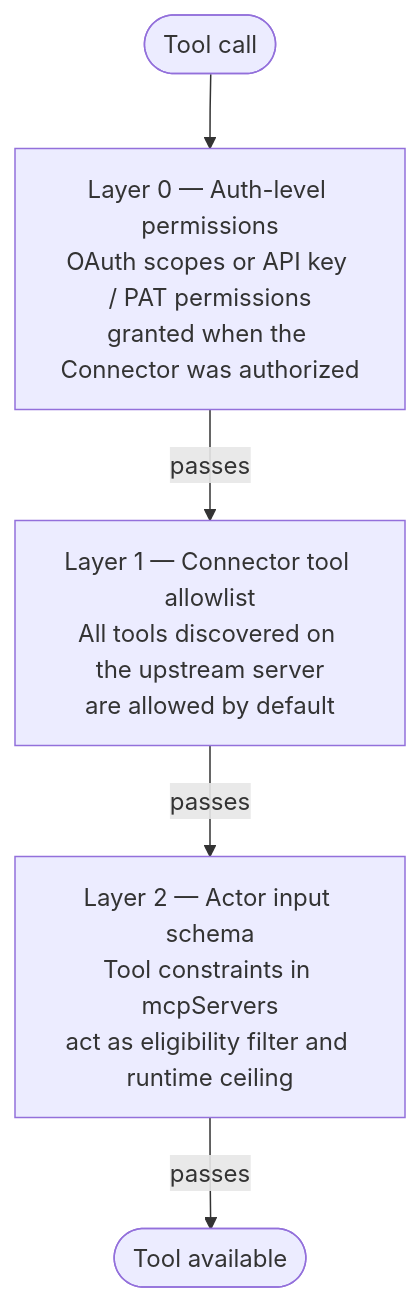
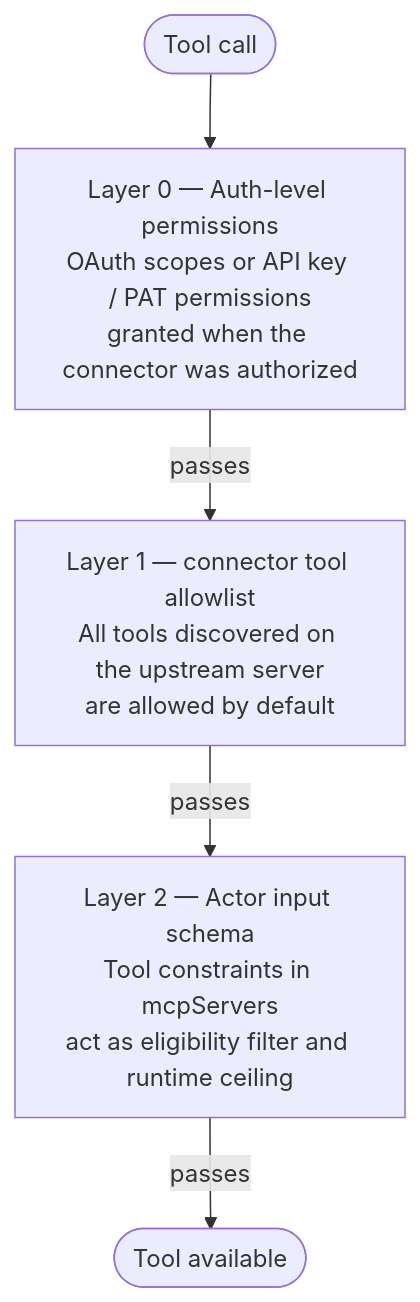
Before and after one commit to apify/apify-docs: the diagram in sources/platform/integrations/ai/mcp-connectors/using-connectors-in-actors.md, drawn with Mermaid. The commit also changed other lines of this file and 10 other files, not shown here.

````diff
--- a/sources/platform/integrations/ai/mcp-connectors/using-connectors-in-actors.md
+++ b/sources/platform/integrations/ai/mcp-connectors/using-connectors-in-actors.md
@@ -422,13 +422,13 @@
 ```mermaid
 flowchart TD
     A([Tool call])
-    B["Layer 0 — Auth-level permissions<br/>OAuth scopes or API key / PAT permissions<br/>granted when the Connector was authorized"]
-    C["Layer 1 — Connector tool allowlist<br/>All tools discovered on the upstream server<br/>are allowed by default"]
+    B["Layer 0 — Auth-level permissions<br/>OAuth scopes or API key / PAT permissions<br/>granted when the connector was authorized"]
+    C["Layer 1 — connector tool allowlist<br/>All tools discovered on the upstream server<br/>are allowed by default"]
     D["Layer 2 — Actor input schema<br/>Tool constraints in mcpServers<br/>act as eligibility filter and runtime ceiling"]
     E([Tool available])
 
     A --> B
     B -->|passes| C
     C -->|passes| D
     D -->|passes| E
 ```
````
